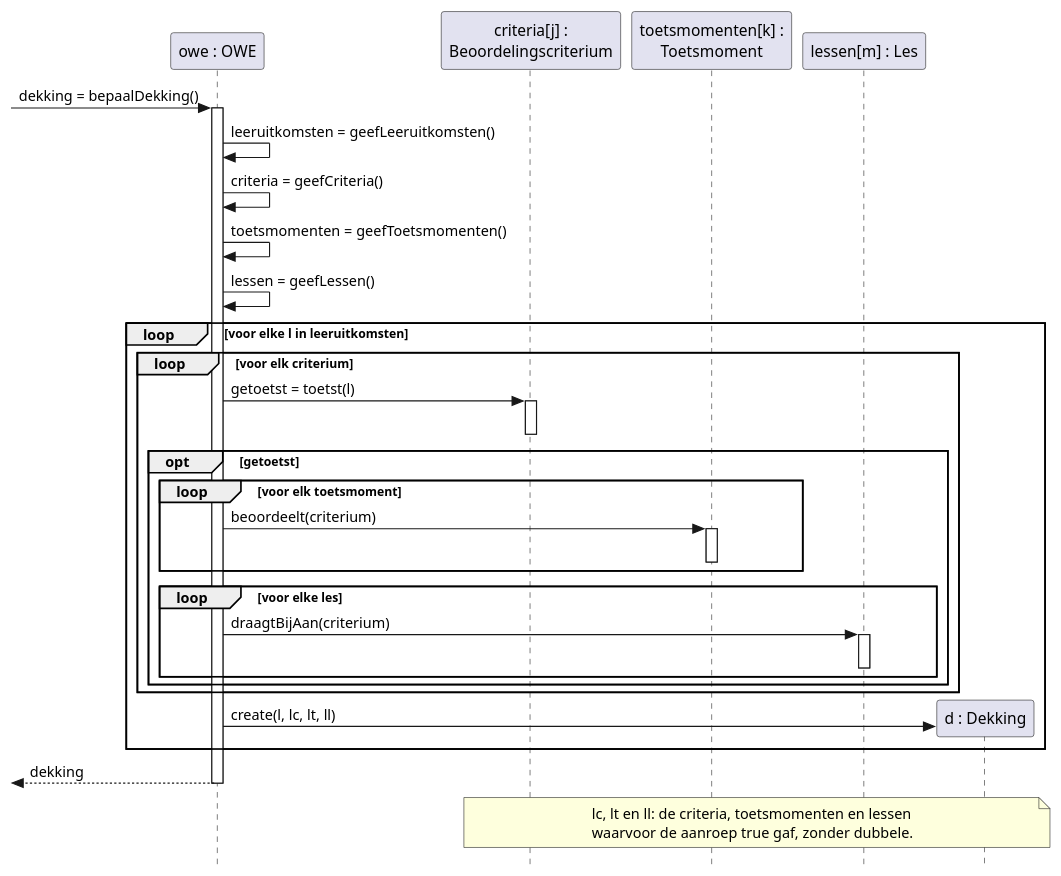
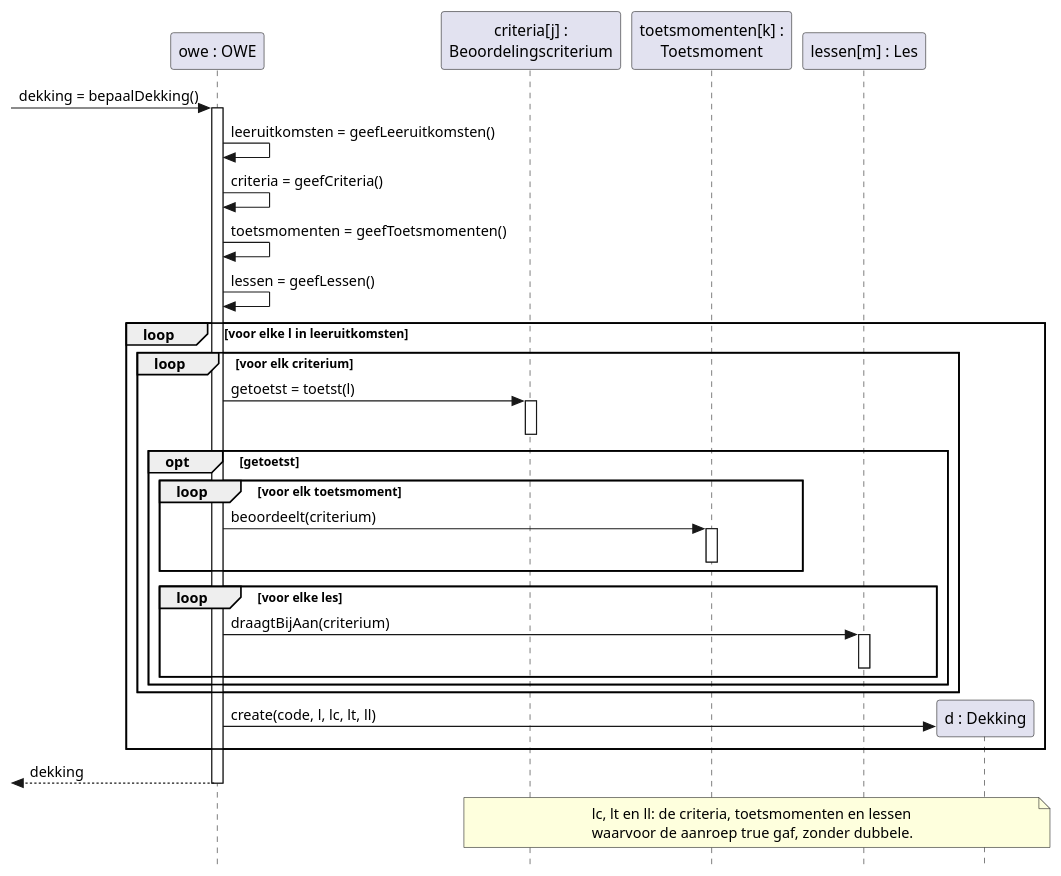
One commit to HAN-Craftsmanship-KL-JJG/casus changed the diagram in docs/diagrams/sd-owe-bepaaldekking.puml. Above: the diagram before and after it, drawn with PlantUML. The commit also changed 8 other files, not shown here.

```diff
--- a/docs/diagrams/sd-owe-bepaaldekking.puml
+++ b/docs/diagrams/sd-owe-bepaaldekking.puml
@@ -1,48 +1,48 @@
 @startuml sd-owe-bepaaldekking
 ' Sequence diagram van OWE.bepaalDekking (UC08, stap 3 en 4).
 ' Toelichting: docs/sequencediagrammen.md
 skinparam style strictuml
 skinparam shadowing false
 skinparam defaultFontName Helvetica
 hide footbox
 
 participant "owe : OWE" as owe
 participant "criteria[j] :\nBeoordelingscriterium" as criterium
 participant "toetsmomenten[k] :\nToetsmoment" as toetsmoment
 participant "lessen[m] : Les" as les
 participant "d : Dekking" as dekking
 
 [-> owe : dekking = bepaalDekking()
 activate owe
 owe -> owe : leeruitkomsten = geefLeeruitkomsten()
 owe -> owe : criteria = geefCriteria()
 owe -> owe : toetsmomenten = geefToetsmomenten()
 owe -> owe : lessen = geefLessen()
 loop voor elke l in leeruitkomsten
   loop voor elk criterium
     owe -> criterium : getoetst = toetst(l)
     activate criterium
     deactivate criterium
     opt getoetst
       loop voor elk toetsmoment
         owe -> toetsmoment : beoordeelt(criterium)
         activate toetsmoment
         deactivate toetsmoment
       end
       loop voor elke les
         owe -> les : draagtBijAan(criterium)
         activate les
         deactivate les
       end
     end
   end
   create dekking
-  owe -> dekking : create(l, lc, lt, ll)
+  owe -> dekking : create(code, l, lc, lt, ll)
 end
 [<-- owe : dekking
 deactivate owe
 note over criterium, dekking
   lc, lt en ll: de criteria, toetsmomenten en lessen
   waarvoor de aanroep true gaf, zonder dubbele.
 end note
 @enduml
```
